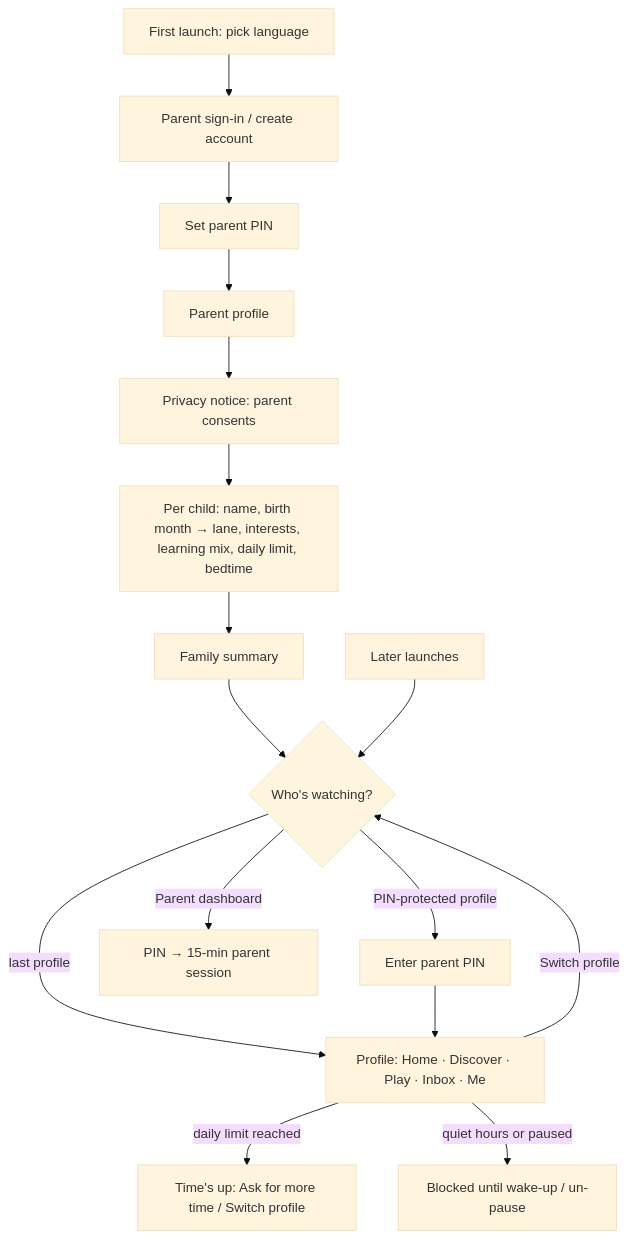
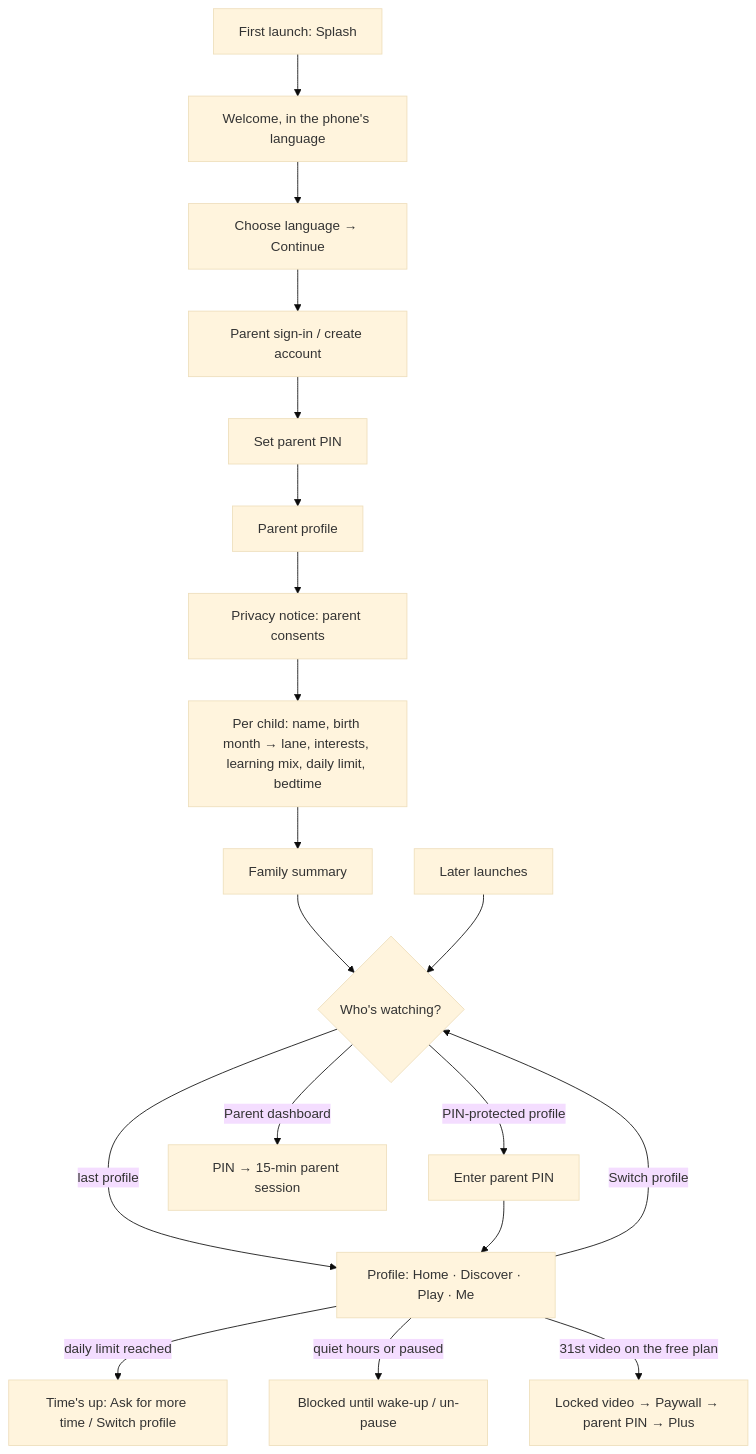
Before and after one commit to jguars/payhas-app: the first of 2 diagrams in docs/PRODUCT_DOCUMENTATION.md, drawn with Mermaid (base theme). The commit also changed other lines of this file and 5 other files, not shown here.

````diff
--- a/docs/PRODUCT_DOCUMENTATION.md
+++ b/docs/PRODUCT_DOCUMENTATION.md
@@ -43,17 +43,19 @@
 ```mermaid
 flowchart TD
-  A[First launch: pick language] --> B[Parent sign-in / create account]
+  S[First launch: Splash] --> WE[Welcome, in the phone's language] --> A[Choose language → Continue]
+  A --> B[Parent sign-in / create account]
   B --> C[Set parent PIN]
   C --> D[Parent profile]
   D --> E[Privacy notice: parent consents]
   E --> F[Per child: name, birth month → lane, interests, learning mix, daily limit, bedtime]
   F --> G[Family summary]
   G --> W
   R[Later launches] --> W{Who's watching?}
-  W -->|last profile| P[Profile: Home · Discover · Play · Inbox · Me]
+  W -->|last profile| P[Profile: Home · Discover · Play · Me]
   W -->|PIN-protected profile| PIN[Enter parent PIN] --> P
   W -->|Parent dashboard| PD[PIN → 15-min parent session]
   P -->|daily limit reached| T[Time's up: Ask for more time / Switch profile]
   P -->|quiet hours or paused| X[Blocked until wake-up / un-pause]
   P -->|Switch profile| W
+  P -->|31st video on the free plan| L[Locked video → Paywall → parent PIN → Plus]
 ```
````
